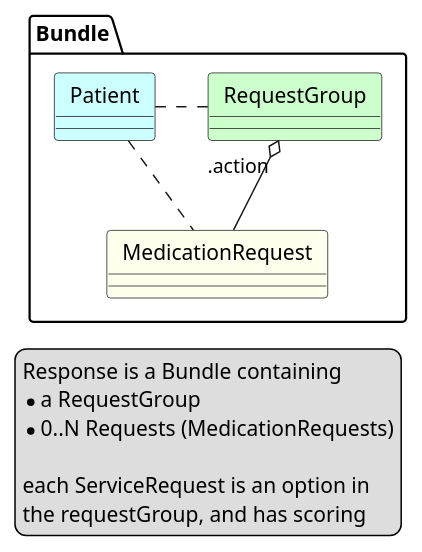
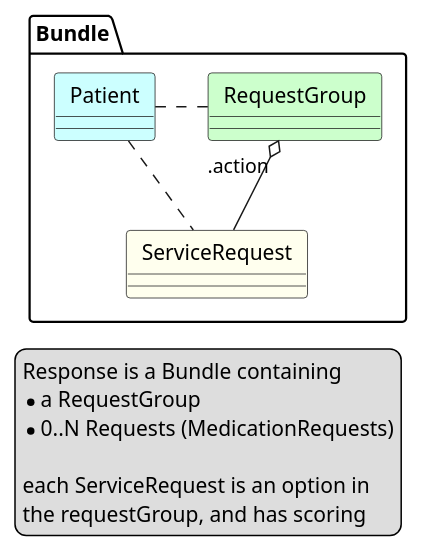
The diagram in input/images-source/getRecommendation-response-radiology.plantuml (hl7-be/pss), drawn with PlantUML before and after one commit.

Commit message:
wip on examples

```diff
--- a/input/images-source/getRecommendation-response-radiology.plantuml
+++ b/input/images-source/getRecommendation-response-radiology.plantuml
@@ -1,33 +1,33 @@
 @startuml
 skinparam linetype polyline
 hide circle
 hide stereotype
 
 package "Bundle" {
   class "  RequestGroup  " as RG #cfc{
   }
 
 
   class "  Patient  " as P #cff{
   }
 P .r. RG
 P .r. T 
 
 
 
-  class "  MedicationRequest  " as T #ffe{
+  class "  ServiceRequest  " as T #ffe{
   }
 
 RG ".action" o-- T 
 
 
 }
 legend
 Response is a Bundle containing
 * a RequestGroup
 * 0..N Requests (MedicationRequests)
 
 each ServiceRequest is an option in
 the requestGroup, and has scoring
 endlegend
 @enduml
```
